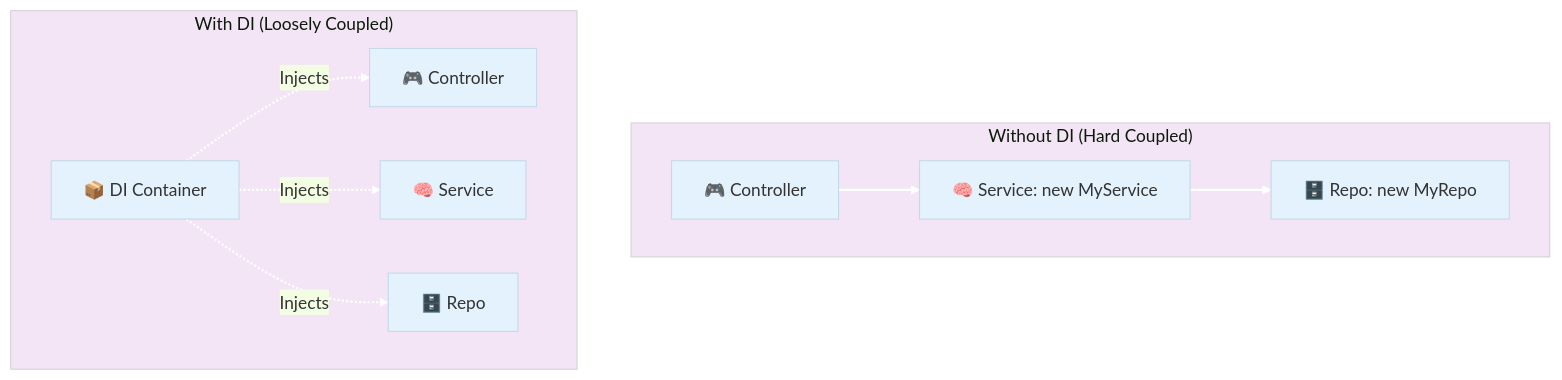
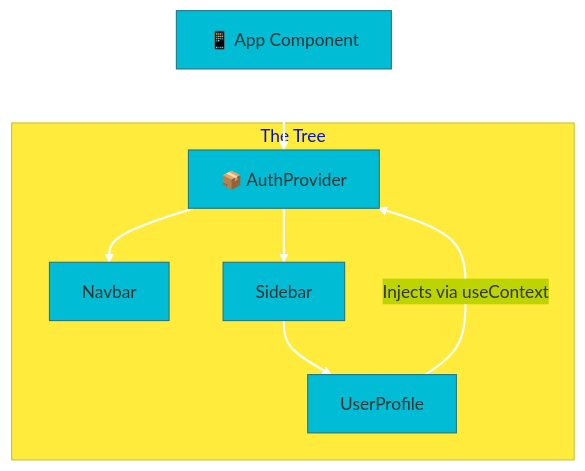
One commit to alvianzf/introduction-to-nest changed the first of 4 diagrams in EXTRA_DESIGN_PATTERNS.md. Above: the diagram before and after it, drawn with Mermaid. The commit also changed other lines of this file, not shown here.

````diff
--- a/EXTRA_DESIGN_PATTERNS.md
+++ b/EXTRA_DESIGN_PATTERNS.md
@@ -24,21 +41,14 @@
 ```mermaid
-%%{init: {'theme': 'base', 'themeVariables': { 'primaryColor': '#e3f2fd', 'edgeColor': '#ffffff', 'tertiaryColor': '#f3e5f5', 'lineColor': '#ffffff'}}}%%
+%%{init: {'theme': 'base', 'themeVariables': { 'primaryColor': '#00bcd4', 'edgeColor': '#ffffff', 'tertiaryColor': '#ffeb3b', 'lineColor': '#ffffff'}}}%%
 graph TD
-    subgraph "Without DI (Hard Coupled)"
-    ControllerA[🎮 Controller] --> ServiceA[🧠 Service: new MyService]
-    ServiceA --> RepoA[🗄️ Repo: new MyRepo]
+    App[📱 App Component] --> Provider[📦 AuthProvider]
+    subgraph "The Tree"
+    Provider --> Navbar
+    Provider --> Sidebar
+    Sidebar --> UserProfile
     end
-
-    subgraph "With DI (Loosely Coupled)"
-    ControllerB[🎮 Controller]
-    ServiceB[🧠 Service]
-    RepoB[🗄️ Repo]
-    Container[📦 DI Container]
     
-    Container -. "Injects" .-> ControllerB
-    Container -. "Injects" .-> ServiceB
-    Container -. "Injects" .-> RepoB
-    end
-
+    UserProfile -- "Injects via useContext" --> Provider
+    
     linkStyle default stroke:#ffffff,stroke-width:2px
 ```
````
